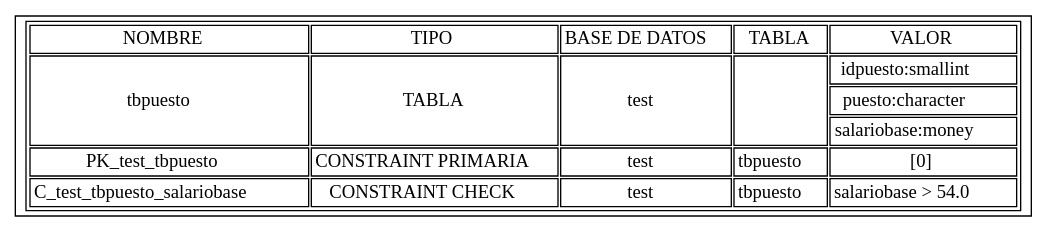
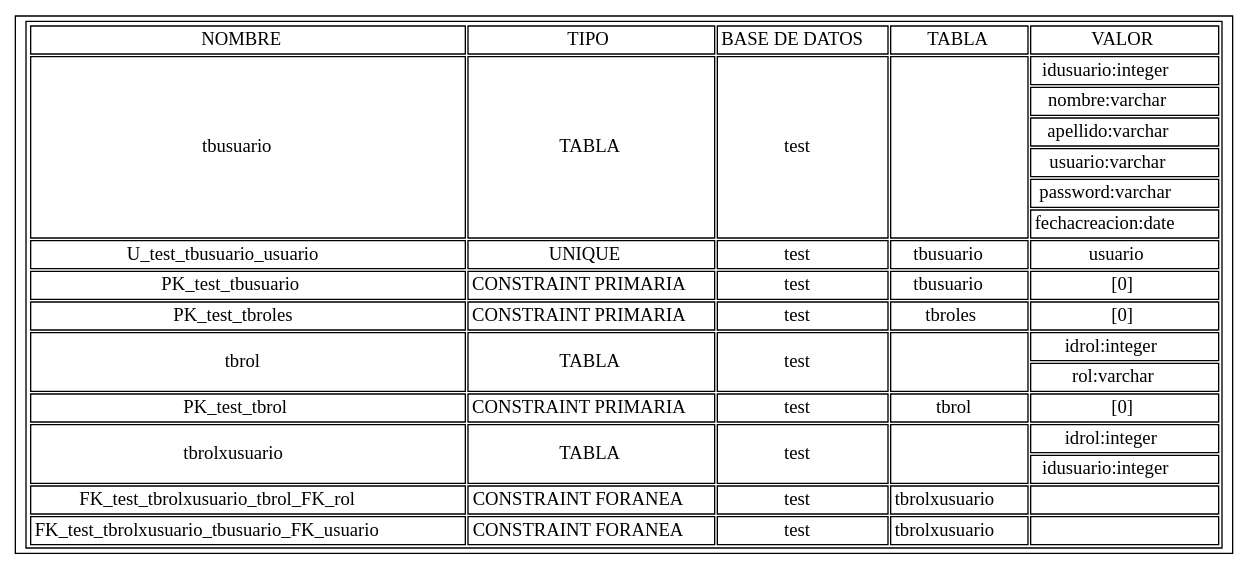
The diagram in ts.dot (sicmmar/Proyecto-Compi2), drawn with Graphviz before and after one commit. The commit also changed 21 other files, not shown here.

```diff
--- a/ts.dot
+++ b/ts.dot
@@ -1,4 +1,13 @@
-digraph G {shortName [shape=record label=<<TABLE><TR><TD>NOMBRE</TD><TD>TIPO</TD><TD>BASE DE DATOS</TD><TD>TABLA</TD><TD>VALOR</TD></TR><TR><TD rowspan='3'>tbpuesto</TD><TD rowspan='3'>TABLA</TD><TD rowspan='3'>test</TD><TD rowspan='3'></TD><TD>idpuesto:smallint</TD></TR>
-<TR><TD>puesto:character</TD></TR>
-<TR><TD>salariobase:money</TD></TR>
-<TR><TD>PK_test_tbpuesto</TD><TD>CONSTRAINT PRIMARIA</TD><TD>test</TD><TD>tbpuesto</TD><TD>[0]</TD></TR><TR><TD>C_test_tbpuesto_salariobase</TD><TD>CONSTRAINT CHECK</TD><TD>test</TD><TD>tbpuesto</TD><TD>salariobase &#62; 54.0</TD></TR>\n</TABLE>>]}
+digraph G {shortName [shape=record label=<<TABLE><TR><TD>NOMBRE</TD><TD>TIPO</TD><TD>BASE DE DATOS</TD><TD>TABLA</TD><TD>VALOR</TD></TR><TR><TD rowspan='6'>tbusuario</TD><TD rowspan='6'>TABLA</TD><TD rowspan='6'>test</TD><TD rowspan='6'></TD><TD>idusuario:integer</TD></TR>
+<TR><TD>nombre:varchar</TD></TR>
+<TR><TD>apellido:varchar</TD></TR>
+<TR><TD>usuario:varchar</TD></TR>
+<TR><TD>password:varchar</TD></TR>
+<TR><TD>fechacreacion:date</TD></TR>
+<TR><TD>U_test_tbusuario_usuario</TD><TD>UNIQUE</TD><TD>test</TD><TD>tbusuario</TD><TD>usuario</TD></TR>
+
+<TR><TD>PK_test_tbusuario</TD><TD>CONSTRAINT PRIMARIA</TD><TD>test</TD><TD>tbusuario</TD><TD>[0]</TD></TR><TR><TD>PK_test_tbroles</TD><TD>CONSTRAINT PRIMARIA</TD><TD>test</TD><TD>tbroles</TD><TD>[0]</TD></TR><TR><TD rowspan='2'>tbrol</TD><TD rowspan='2'>TABLA</TD><TD rowspan='2'>test</TD><TD rowspan='2'></TD><TD>idrol:integer</TD></TR>
+<TR><TD>rol:varchar</TD></TR>
+<TR><TD>PK_test_tbrol</TD><TD>CONSTRAINT PRIMARIA</TD><TD>test</TD><TD>tbrol</TD><TD>[0]</TD></TR><TR><TD rowspan='2'>tbrolxusuario</TD><TD rowspan='2'>TABLA</TD><TD rowspan='2'>test</TD><TD rowspan='2'></TD><TD>idrol:integer</TD></TR>
+<TR><TD>idusuario:integer</TD></TR>
+<TR><TD>FK_test_tbrolxusuario_tbrol_FK_rol</TD><TD>CONSTRAINT FORANEA</TD><TD>test</TD><TD>tbrolxusuario</TD><TD></TD></TR><TR><TD>FK_test_tbrolxusuario_tbusuario_FK_usuario</TD><TD>CONSTRAINT FORANEA</TD><TD>test</TD><TD>tbrolxusuario</TD><TD></TD></TR></TABLE>>]}
```
